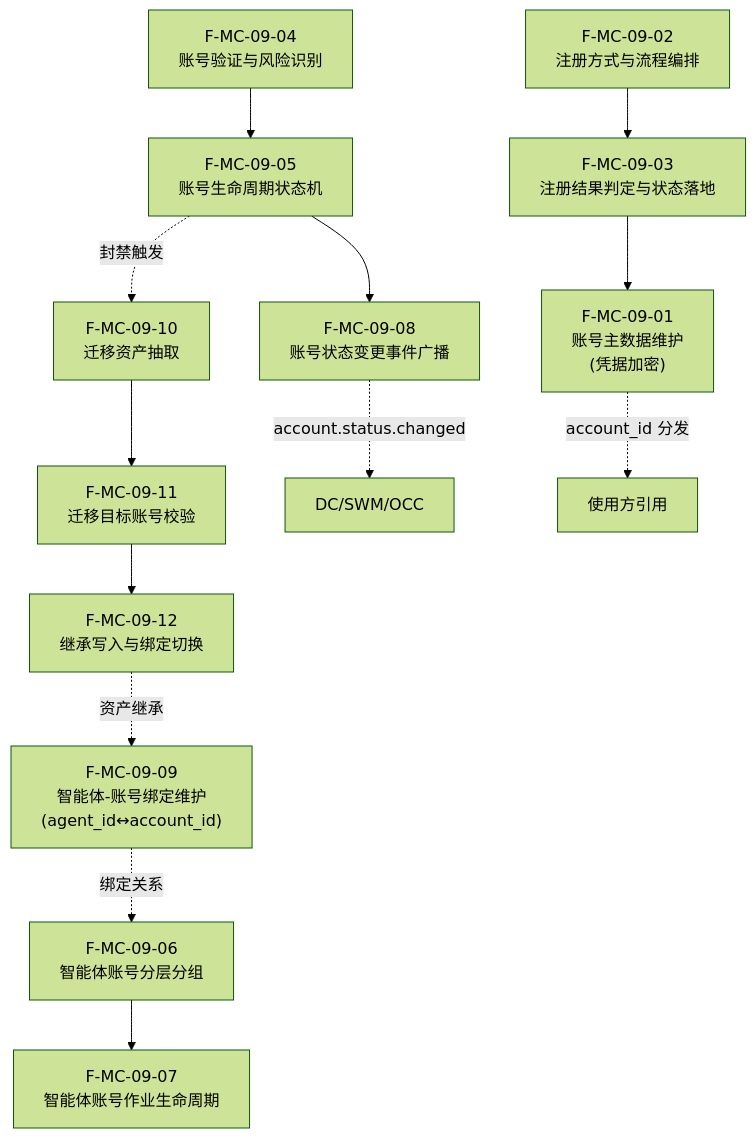
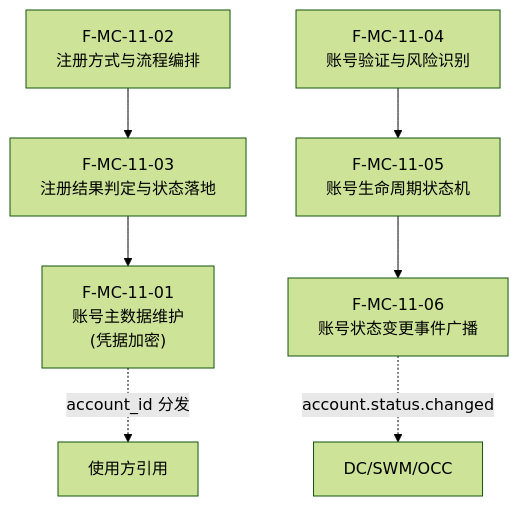
One commit to Sj-g/obsidian changed diagram 18 of 49 in 公司项目/认知作战/文档/软件概要设计-架构图.md. Above: the diagram before and after it, drawn with Mermaid (forest theme). The commit also changed other lines of this file, not shown here.

````diff
--- a/公司项目/认知作战/文档/软件概要设计-架构图.md
+++ b/公司项目/认知作战/文档/软件概要设计-架构图.md
@@ -342,27 +369,16 @@
 ```mermaid
 flowchart TB
-    F0901["F-MC-09-01<br/>账号主数据维护<br/>(凭据加密)"]
-    F0902["F-MC-09-02<br/>注册方式与流程编排"]
-    F0903["F-MC-09-03<br/>注册结果判定与状态落地"]
-    F0904["F-MC-09-04<br/>账号验证与风险识别"]
-    F0905["F-MC-09-05<br/>账号生命周期状态机"]
-    F0906["F-MC-09-06<br/>智能体账号分层分组"]
-    F0907["F-MC-09-07<br/>智能体账号作业生命周期"]
-    F0908["F-MC-09-08<br/>账号状态变更事件广播"]
-    F0909["F-MC-09-09<br/>智能体-账号绑定维护<br/>(agent_id↔account_id)"]
-    F0910["F-MC-09-10<br/>迁移资产抽取"]
-    F0911["F-MC-09-11<br/>迁移目标账号校验"]
-    F0912["F-MC-09-12<br/>继承写入与绑定切换"]
+    F1101["F-MC-11-01<br/>账号主数据维护<br/>(凭据加密)"]
+    F1102["F-MC-11-02<br/>注册方式与流程编排"]
+    F1103["F-MC-11-03<br/>注册结果判定与状态落地"]
+    F1104["F-MC-11-04<br/>账号验证与风险识别"]
+    F1105["F-MC-11-05<br/>账号生命周期状态机"]
+    F1106["F-MC-11-06<br/>账号状态变更事件广播"]
 
-    F0902 --> F0903
-    F0903 --> F0901
-    F0904 --> F0905
-    F0905 --> F0908
-    F0906 --> F0907
-    F0909 -.->|"绑定关系"| F0906
-    F0905 -.->|"封禁触发"| F0910
-    F0910 --> F0911 --> F0912
-    F0912 -.->|"资产继承"| F0909
-    F0908 -.->|"account.status.changed"| EXT["DC/SWM/OCC"]
-    F0901 -.->|"account_id 分发"| EXT2["使用方引用"]
+    F1102 --> F1103
+    F1103 --> F1101
+    F1104 --> F1105
+    F1105 --> F1106
+    F1106 -.->|"account.status.changed"| EXT["DC/SWM/OCC"]
+    F1101 -.->|"account_id 分发"| EXT2["使用方引用"]
 ```
````
